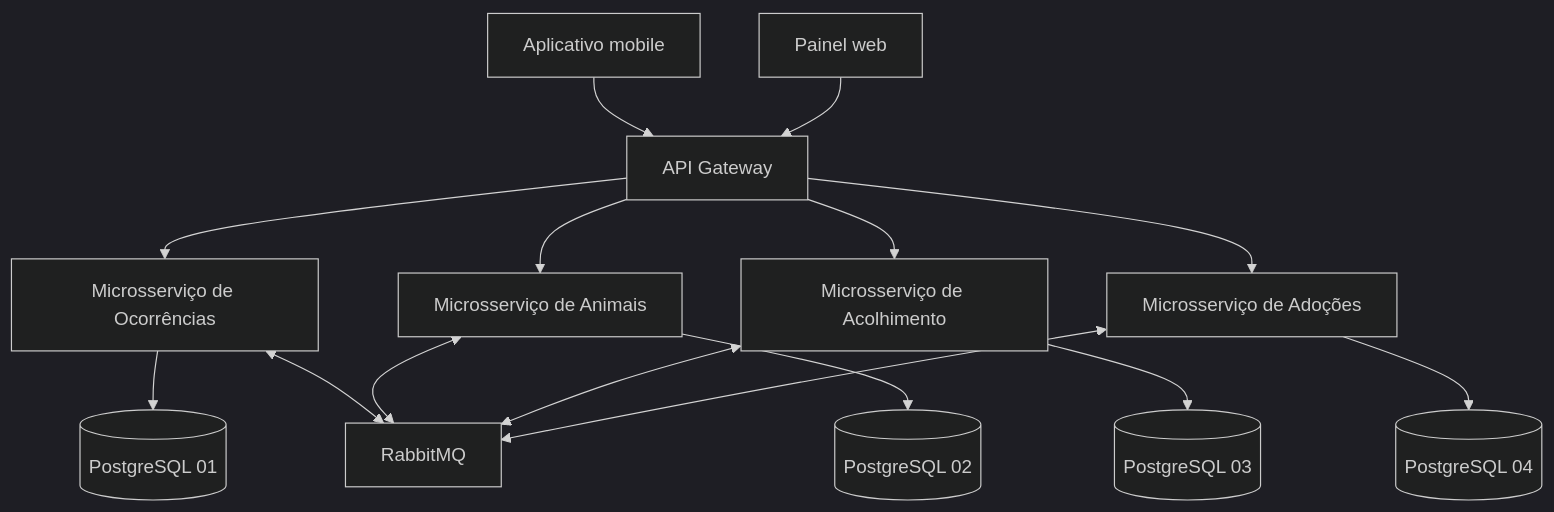
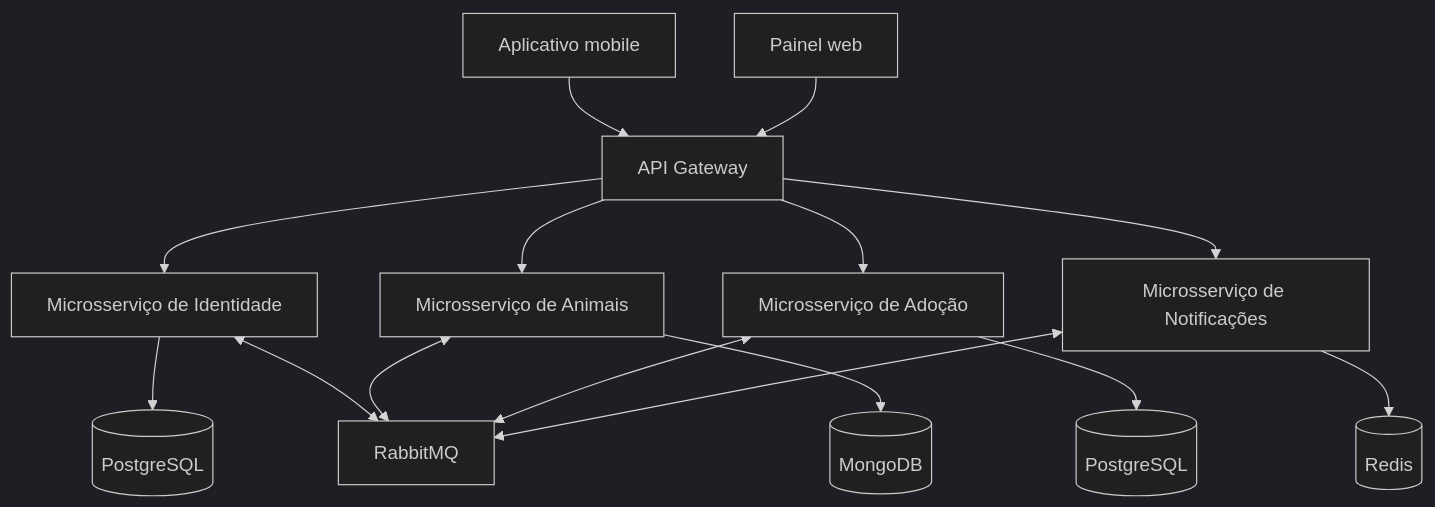
One commit to gxbreus/ampara changed the first of 2 diagrams in docs/arquitetura.md. Above: the diagram before and after it, drawn with Mermaid (dark theme). The commit also changed other lines of this file and 6 other files, not shown here.

````diff
--- a/docs/arquitetura.md
+++ b/docs/arquitetura.md
@@ -5,20 +5,20 @@
 ```mermaid
 flowchart TB
     Mobile[Aplicativo mobile] --> Gateway[API Gateway]
     Web[Painel web] --> Gateway
 
-    Gateway --> Ocorrencias[Microsserviço de Ocorrências]
+    Gateway --> Identidade[Microsserviço de Identidade]
     Gateway --> Animais[Microsserviço de Animais]
-    Gateway --> Acolhimento[Microsserviço de Acolhimento]
-    Gateway --> Adocoes[Microsserviço de Adoções]
+    Gateway --> Adocao[Microsserviço de Adoção]
+    Gateway --> Notificacoes[Microsserviço de Notificações]
 
-    Ocorrencias --> DB1[(PostgreSQL 01)]
-    Animais --> DB2[(PostgreSQL 02)]
-    Acolhimento --> DB3[(PostgreSQL 03)]
-    Adocoes --> DB4[(PostgreSQL 04)]
+    Identidade --> DB1[(PostgreSQL)]
+    Animais --> DB2[(MongoDB)]
+    Adocao --> DB3[(PostgreSQL)]
+    Notificacoes --> DB4[(Redis)]
 
-    Ocorrencias <--> Eventos[RabbitMQ]
+    Identidade <--> Eventos[RabbitMQ]
     Animais <--> Eventos
-    Acolhimento <--> Eventos
-    Adocoes <--> Eventos
+    Adocao <--> Eventos
+    Notificacoes <--> Eventos
 ```
````
